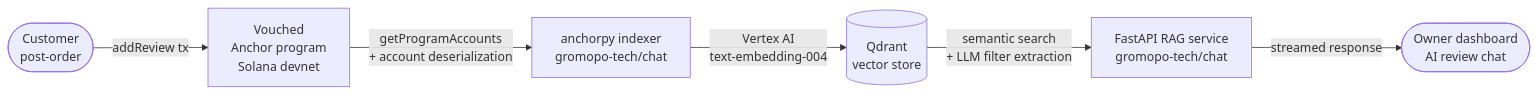
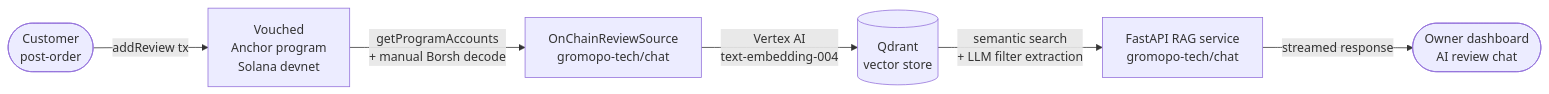
Before and after one commit to gromopo-tech/vouched: the diagram in README.md, drawn with Mermaid. The commit also changed other lines of this file and 3 other files, not shown here.

````diff
--- a/README.md
+++ b/README.md
@@ -7,8 +7,8 @@
 ```mermaid
 flowchart LR
     A([Customer\npost-order]) -->|addReview tx| B[Vouched\nAnchor program\nSolana devnet]
-    B -->|getProgramAccounts\n+ account deserialization| C[anchorpy indexer\ngromopo-tech/chat]
+    B -->|getProgramAccounts\n+ manual Borsh decode| C[OnChainReviewSource\ngromopo-tech/chat]
     C -->|Vertex AI\ntext-embedding-004| D[(Qdrant\nvector store)]
     D -->|semantic search\n+ LLM filter extraction| E[FastAPI RAG service\ngromopo-tech/chat]
     E -->|streamed response| F([Owner dashboard\nAI review chat])
 ```
````
